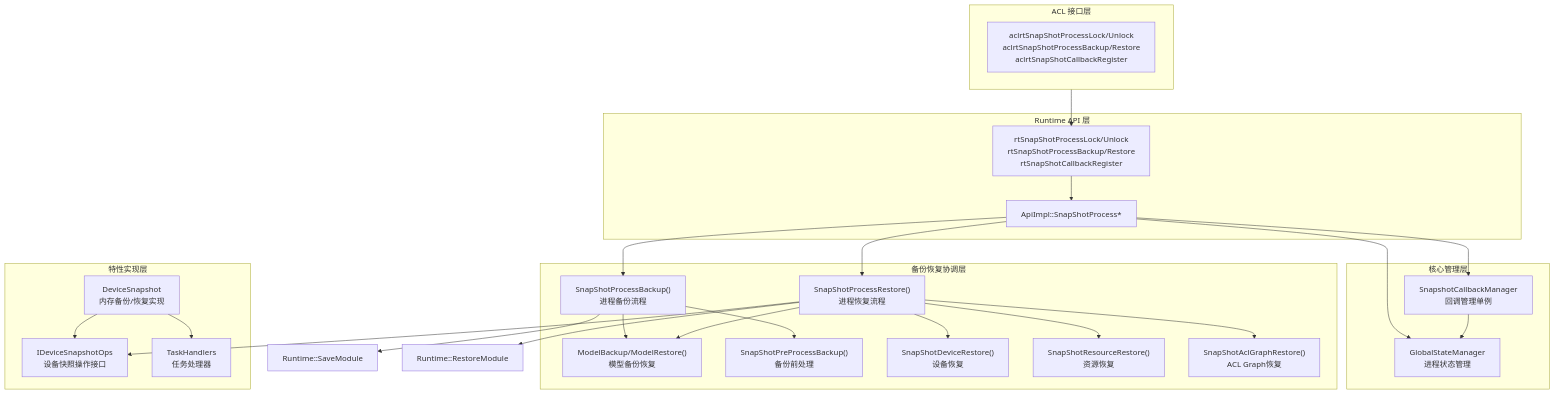
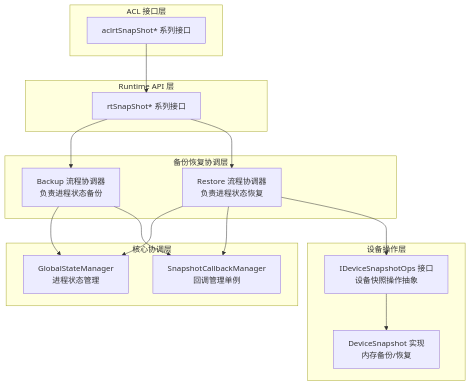
Before and after one commit to 18liumin/runtime: the first of 10 diagrams in docs/design/features/snapshot.md, drawn with Mermaid. The commit also changed other lines of this file, not shown here.

````diff
--- a/docs/design/features/snapshot.md
+++ b/docs/design/features/snapshot.md
@@ -77,46 +77,35 @@
 ```mermaid
 graph TB
-subgraph ACL["ACL 接口层"]
-ACLSnapshot["aclrtSnapShotProcessLock/Unlock<br/>aclrtSnapShotProcessBackup/Restore<br/>aclrtSnapShotCallbackRegister"]
-end
-subgraph API["Runtime API 层"]
-APISnapshot["rtSnapShotProcessLock/Unlock<br/>rtSnapShotProcessBackup/Restore<br/>rtSnapShotCallbackRegister"]
-ApiImpl["ApiImpl::SnapShotProcess*"]
-end
-subgraph Core["核心管理层"]
-GlobalStateManager["GlobalStateManager<br/>进程状态管理"]
-SnapshotCallbackManager["SnapshotCallbackManager<br/>回调管理单例"]
-end
-subgraph Process["备份恢复协调层"]
-SnapShotProcessBackup["SnapShotProcessBackup()<br/>进程备份流程"]
-SnapShotProcessRestore["SnapShotProcessRestore()<br/>进程恢复流程"]
-ModelBackupRestore["ModelBackup/ModelRestore()<br/>模型备份恢复"]
-SnapShotPreProcessBackup["SnapShotPreProcessBackup()<br/>备份前处理"]
-SnapShotDeviceRestore["SnapShotDeviceRestore()<br/>设备恢复"]
-SnapShotResourceRestore["SnapShotResourceRestore()<br/>资源恢复"]
-SnapShotAclGraphRestore["SnapShotAclGraphRestore()<br/>ACL Graph恢复"]
-end
-subgraph Feature["特性实现层"]
-IDeviceSnapshotOps["IDeviceSnapshotOps<br/>设备快照操作接口"]
-DeviceSnapshot["DeviceSnapshot<br/>内存备份/恢复实现"]
-TaskHandlers["TaskHandlers<br/>任务处理器"]
-end
-ACL --> APISnapshot
-APISnapshot --> ApiImpl
-ApiImpl --> GlobalStateManager
-ApiImpl --> SnapshotCallbackManager
-ApiImpl --> SnapShotProcessBackup
-ApiImpl --> SnapShotProcessRestore
-SnapshotCallbackManager --> GlobalStateManager
-SnapShotProcessBackup --> SnapShotPreProcessBackup
-SnapShotProcessBackup --> ModelBackupRestore
-SnapShotProcessBackup --> Runtime["Runtime::SaveModule"]
-SnapShotProcessRestore --> SnapShotDeviceRestore
-SnapShotProcessRestore --> SnapShotResourceRestore
-SnapShotProcessRestore --> IDeviceSnapshotOps
-SnapShotProcessRestore --> ModelBackupRestore
-SnapShotProcessRestore --> SnapShotAclGraphRestore
-SnapShotProcessRestore --> Runtime2["Runtime::RestoreModule"]
-DeviceSnapshot --> IDeviceSnapshotOps
-DeviceSnapshot --> TaskHandlers
+    subgraph ACL["ACL 接口层"]
+        ACL_API["aclrtSnapShot* 系列接口"]
+    end
+    
+    subgraph RT["Runtime API 层"]
+        RT_API["rtSnapShot* 系列接口"]
+    end
+    
+    subgraph Core["核心协调层"]
+        GSM["GlobalStateManager<br/>进程状态管理"]
+        SCM["SnapshotCallbackManager<br/>回调管理单例"]
+    end
+    
+    subgraph Process["备份恢复协调层"]
+        Backup["Backup 流程协调器<br/>负责进程状态备份"]
+        Restore["Restore 流程协调器<br/>负责进程状态恢复"]
+    end
+    
+    subgraph Feature["设备操作层"]
+        DevOps["IDeviceSnapshotOps 接口<br/>设备快照操作抽象"]
+        DevImpl["DeviceSnapshot 实现<br/>内存备份/恢复"]
+    end
+    
+    ACL_API --> RT_API
+    RT_API --> Backup
+    RT_API --> Restore
+    Backup --> GSM
+    Backup --> SCM
+    Restore --> GSM
+    Restore --> SCM
+    Restore --> DevOps
+    DevOps --> DevImpl
 ```
````
